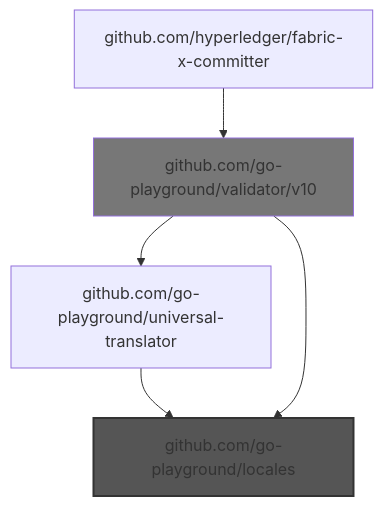
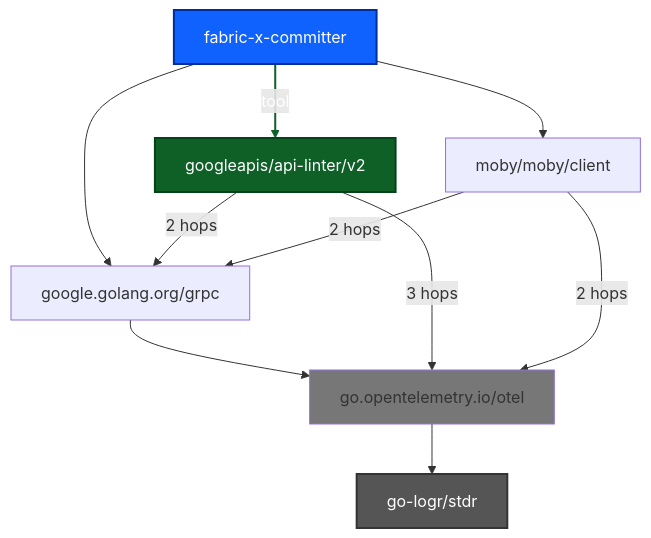
The third of 9 diagrams in bad-imports-analysis.md (liran-funaro/fabric-x-committer), drawn with Mermaid before and after one commit. The commit also changed other lines of this file and 2 other files, not shown here.

````diff
--- a/bad-imports-analysis.md
+++ b/bad-imports-analysis.md
@@ -603,9 +161,17 @@
 ```mermaid
 graph TD
-    github.com/go-playground/universal-translator --> github.com/go-playground/locales
-    github.com/go-playground/validator/v10 --> github.com/go-playground/locales
-    github.com/go-playground/validator/v10 --> github.com/go-playground/universal-translator
-    github.com/hyperledger/fabric-x-committer --> github.com/go-playground/validator/v10
-    style github.com/go-playground/locales fill:#555,stroke:#333,stroke-width:2px
-    style github.com/go-playground/validator/v10 fill:#777
+    fabric-x-committer --> google.golang.org/grpc
+    fabric-x-committer -->|tool| googleapis/api-linter/v2
+    fabric-x-committer --> moby/moby/client
+    go.opentelemetry.io/otel --> go-logr/stdr
+    google.golang.org/grpc --> go.opentelemetry.io/otel
+    googleapis/api-linter/v2 -->|3 hops| go.opentelemetry.io/otel
+    googleapis/api-linter/v2 -->|2 hops| google.golang.org/grpc
+    moby/moby/client -->|2 hops| go.opentelemetry.io/otel
+    moby/moby/client -->|2 hops| google.golang.org/grpc
+    style go-logr/stdr fill:#555,stroke:#333,stroke-width:2px,color:#fff
+    style googleapis/api-linter/v2 fill:#0e6027,stroke:#044317,stroke-width:2px,color:#fff
+    style fabric-x-committer fill:#0f62fe,stroke:#002d9c,stroke-width:2px,color:#fff
+    style go.opentelemetry.io/otel fill:#777
+    linkStyle 1 stroke:#0e6027,stroke-width:2px,color:#fff,background-color:#0e6027
 ```
````
